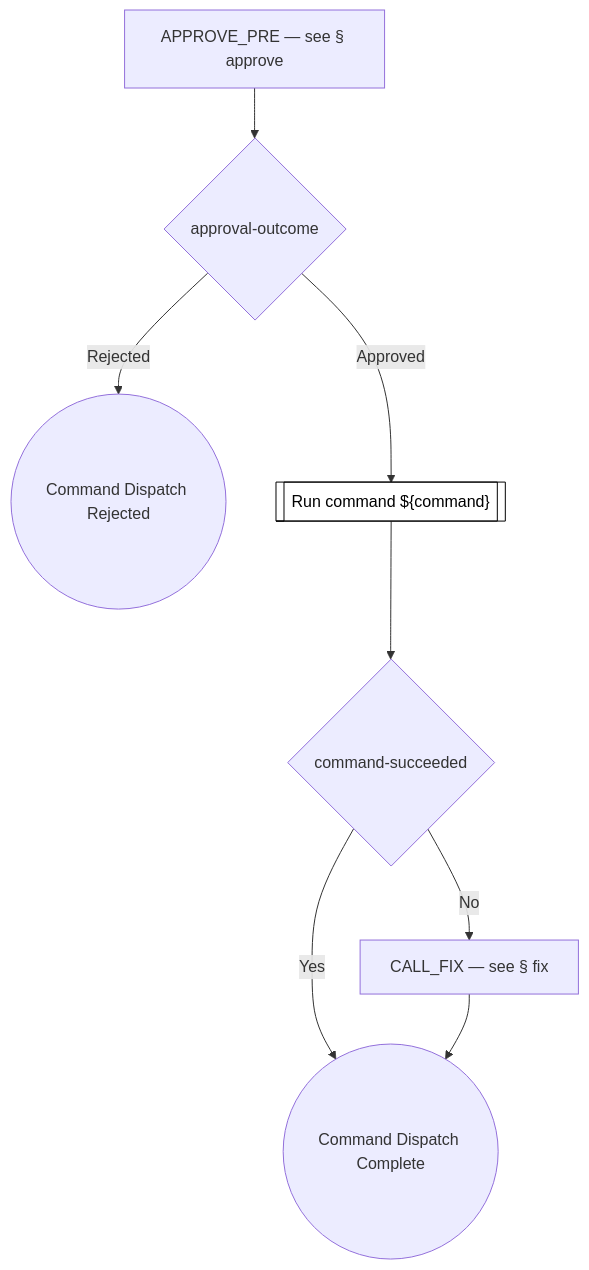
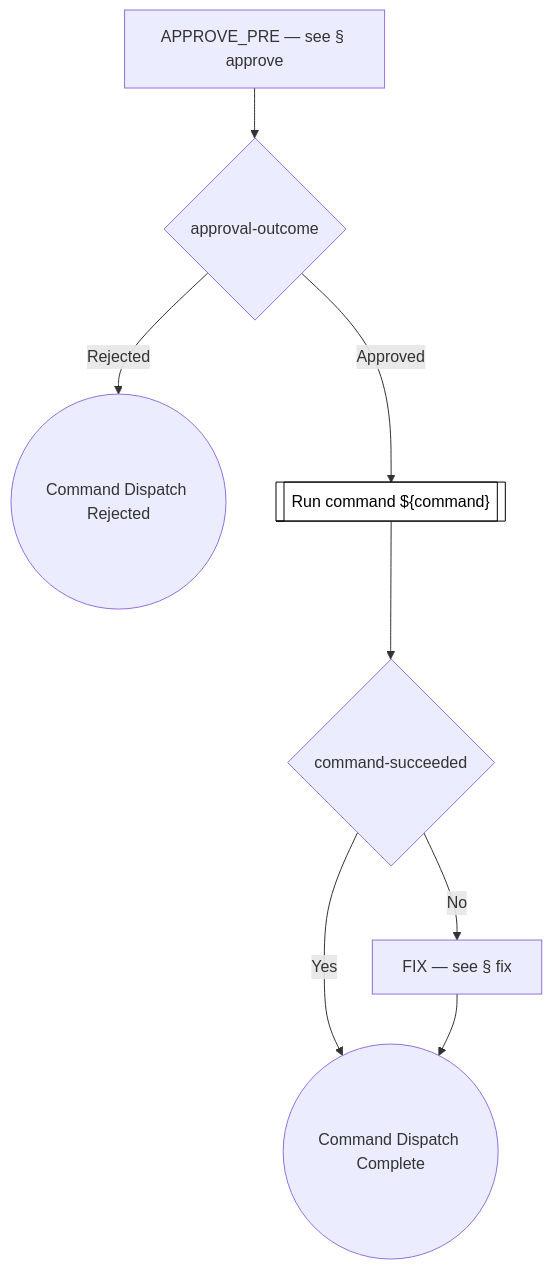
Before and after one commit to optivem/gh-optivem: diagram 49 of 50 in docs/process-diagram.md, drawn with Mermaid. The commit also changed other lines of this file and 6 other files, not shown here.

````diff
--- a/docs/process-diagram.md
+++ b/docs/process-diagram.md
@@ -811,21 +811,21 @@
 ```mermaid
 flowchart TD
     APPROVE_PRE[APPROVE_PRE — see § approve]
-    CALL_FIX[CALL_FIX — see § fix]
     EXECUTE_COMMAND_END((Command Dispatch Complete))
     EXECUTE_COMMAND_REJECTED_END((Command Dispatch Rejected))
+    FIX[FIX — see § fix]
     GATE_APPROVED_PRE{approval-outcome}
     GATE_COMMAND_SUCCEEDED{command-succeeded}
     RUN_COMMAND[["Run command ${command}"]]
 
     APPROVE_PRE --> GATE_APPROVED_PRE
     GATE_APPROVED_PRE -- Approved --> RUN_COMMAND
     GATE_APPROVED_PRE -- Rejected --> EXECUTE_COMMAND_REJECTED_END
     RUN_COMMAND --> GATE_COMMAND_SUCCEEDED
     GATE_COMMAND_SUCCEEDED -- Yes --> EXECUTE_COMMAND_END
-    GATE_COMMAND_SUCCEEDED -- No --> CALL_FIX
-    CALL_FIX --> EXECUTE_COMMAND_END
+    GATE_COMMAND_SUCCEEDED -- No --> FIX
+    FIX --> EXECUTE_COMMAND_END
 
     classDef serviceNode fill:#ffffff,stroke:#000000,stroke-width:1px,color:#000000
     class RUN_COMMAND serviceNode
 ```
````
